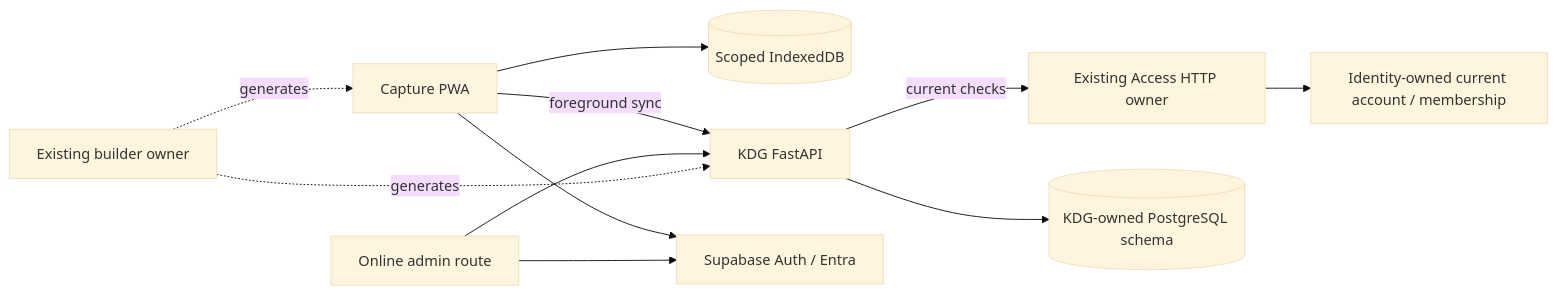
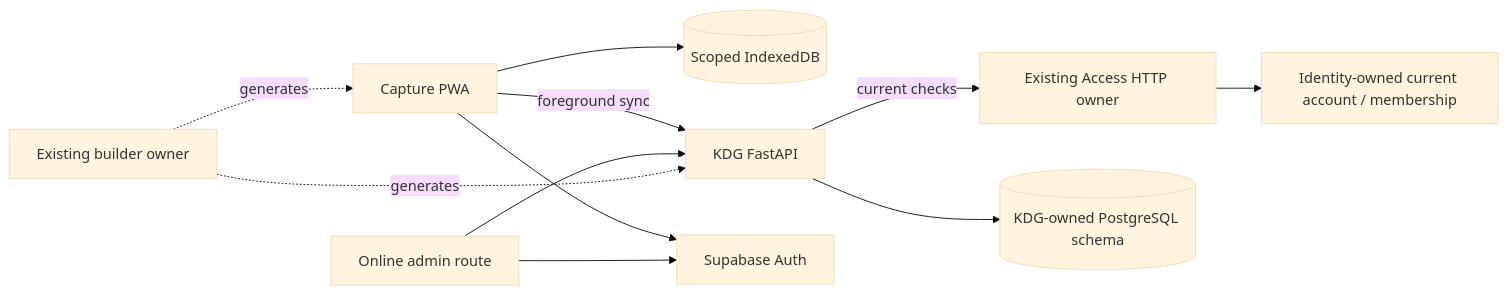
Before and after one commit to Innodat/agriplatform: the diagram in apps/kdg-capture/docs/ARCHITECTURE-SPINE.md, drawn with Mermaid (base theme). The commit also changed other lines of this file and 25 other files, not shown here.

````diff
--- a/apps/kdg-capture/docs/ARCHITECTURE-SPINE.md
+++ b/apps/kdg-capture/docs/ARCHITECTURE-SPINE.md
@@ -44,13 +47,13 @@
 ```mermaid
 flowchart LR
   Phone[Capture PWA] --> Local[(Scoped IndexedDB)]
   Phone -->|foreground sync| API[KDG FastAPI]
   Admin[Online admin route] --> API
-  Phone --> Auth[Supabase Auth / Entra]
+  Phone --> Auth[Supabase Auth]
   Admin --> Auth
   API -->|current checks| Access[Existing Access HTTP owner]
   Access --> Identity[Identity-owned current account / membership]
   API --> DB[(KDG-owned PostgreSQL schema)]
   Builder[Existing builder owner] -. generates .-> Phone
   Builder -. generates .-> API
 ```
````
